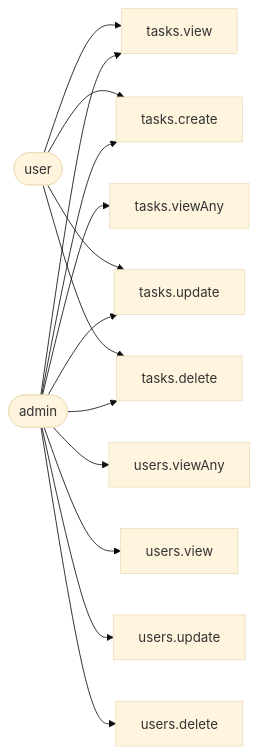
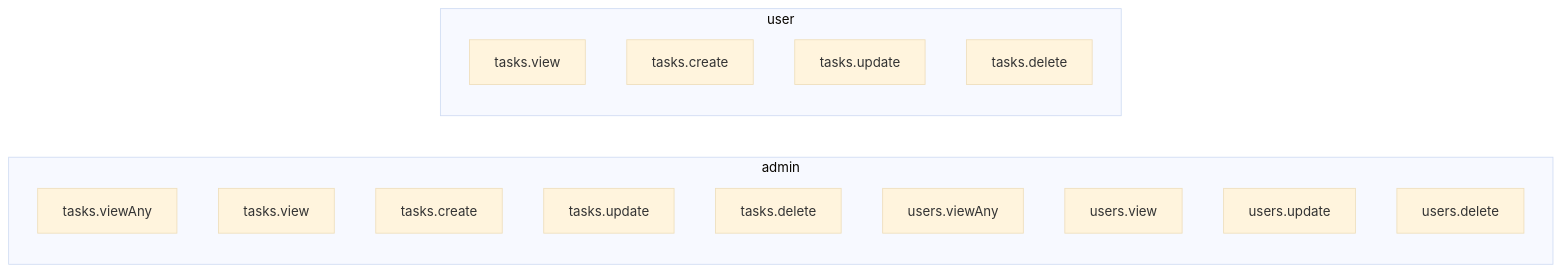
Before and after one commit to DarioCampagnaCoutinho/api-tasks: the first of 4 diagrams in README.md, drawn with Mermaid (base theme). The commit also changed other lines of this file, not shown here.

````diff
--- a/README.md
+++ b/README.md
@@ -36,17 +36,20 @@
 ```mermaid
 graph LR
-    A([admin]) --> P1[tasks.viewAny]
-    A --> P2[tasks.view]
-    A --> P3[tasks.create]
-    A --> P4[tasks.update]
-    A --> P5[tasks.delete]
-    A --> P6[users.viewAny]
-    A --> P7[users.view]
-    A --> P8[users.update]
-    A --> P9[users.delete]
-
-    B([user]) --> P2
-    B --> P3
-    B --> P4
-    B --> P5
+    subgraph admin
+        a1["tasks.viewAny"]
+        a2["tasks.view"]
+        a3["tasks.create"]
+        a4["tasks.update"]
+        a5["tasks.delete"]
+        a6["users.viewAny"]
+        a7["users.view"]
+        a8["users.update"]
+        a9["users.delete"]
+    end
+    subgraph user
+        b1["tasks.view"]
+        b2["tasks.create"]
+        b3["tasks.update"]
+        b4["tasks.delete"]
+    end
 ```
````
